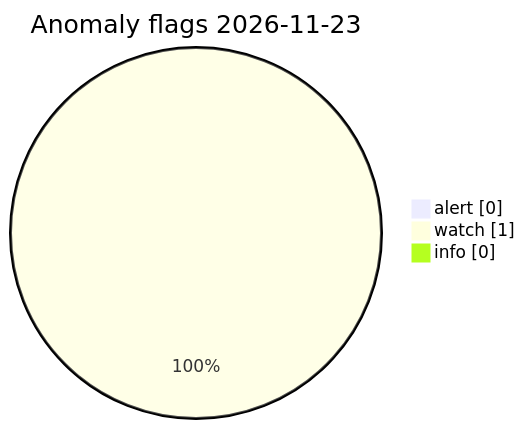
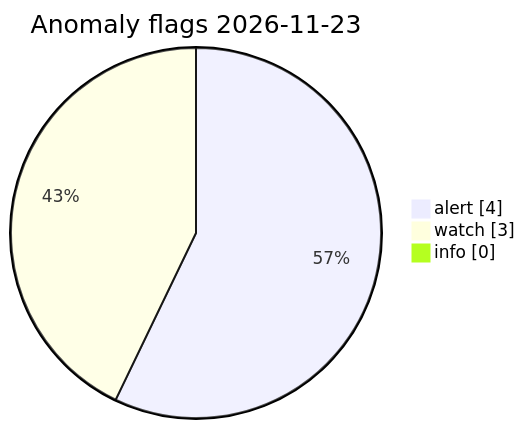
Before and after one commit to Midwest-Stratospheric/Unified-Open-Global-Weather: the diagram in visuals/latest/CHARTS.md, drawn with Mermaid. The commit also changed other lines of this file and 13 other files, not shown here.

Commit message:
data(visuals): automated charts 2026-11-23T21:36Z

````diff
--- a/visuals/latest/CHARTS.md
+++ b/visuals/latest/CHARTS.md
@@ -73,7 +73,7 @@
 ```mermaid
 pie showData
   title Anomaly flags 2026-11-23
-  "alert" : 0
-  "watch" : 1
+  "alert" : 4
+  "watch" : 3
   "info" : 0
 ```
````
